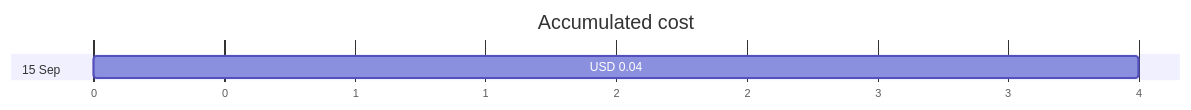
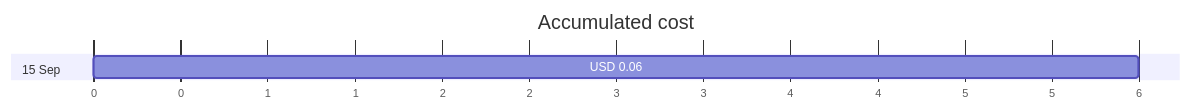
One commit to jpfulton/azure-personal-reports changed the first of 4 diagrams in cost-reports/personal-network/vpn-server_OsDisk.md. Above: the diagram before and after it, drawn with Mermaid. The commit also changed other lines of this file and 17 other files, not shown here.

````diff
--- a/cost-reports/personal-network/vpn-server_OsDisk.md
+++ b/cost-reports/personal-network/vpn-server_OsDisk.md
@@ -20,8 +20,8 @@
 ```mermaid
 gantt
    title Accumulated cost
    dateFormat  X
    axisFormat %s
    section 15 Sep
-   USD 0.04 :0, 4
+   USD 0.06 :0, 6
 ```
````
